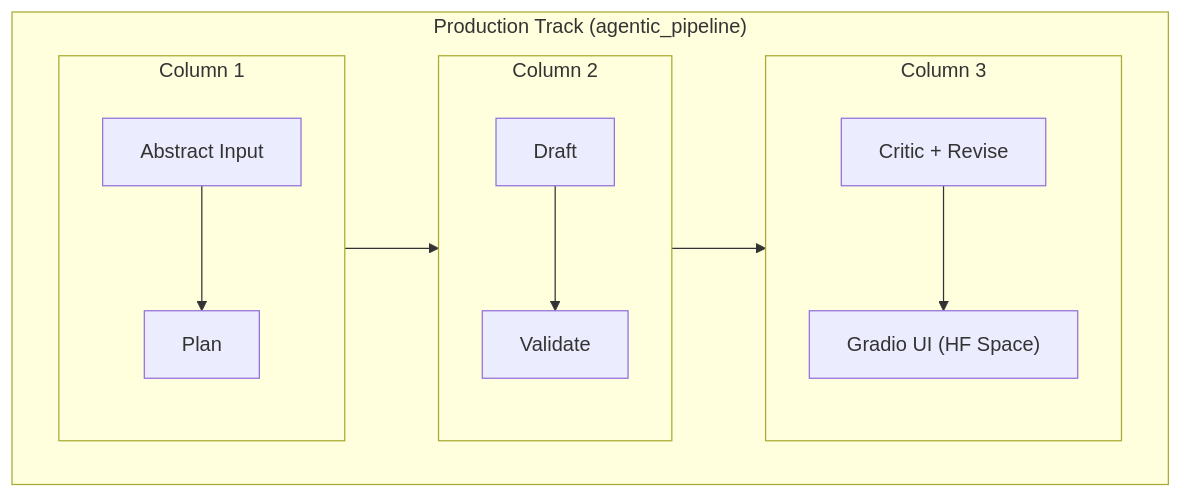
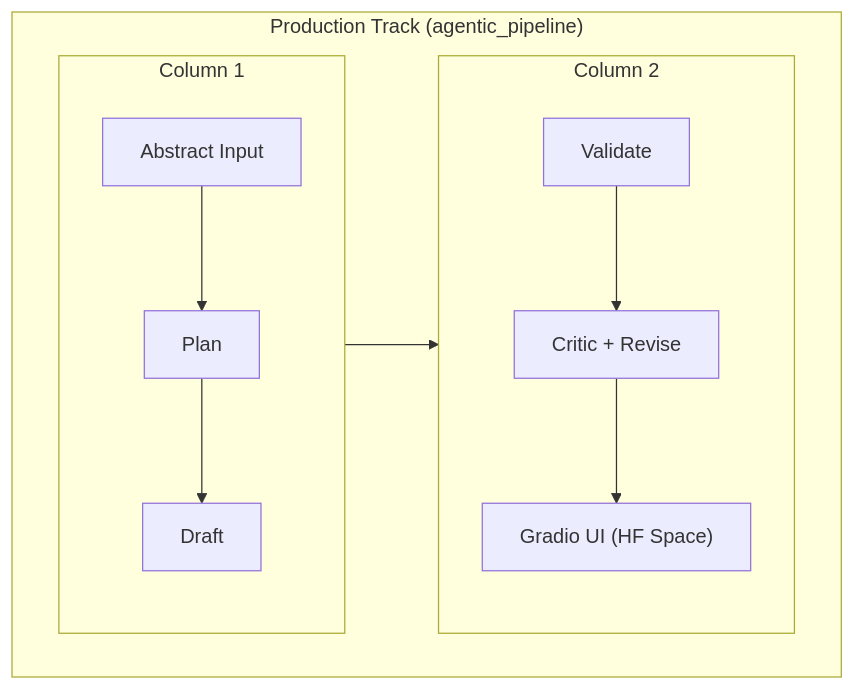
One commit to daspushpita/MiniAstroGPT changed the second of 2 diagrams in README.md. Above: the diagram before and after it, drawn with Mermaid. The commit also changed other lines of this file, not shown here.

````diff
--- a/README.md
+++ b/README.md
@@ -105,24 +99,18 @@
 ```mermaid
 flowchart LR
   subgraph P["Production Track (agentic_pipeline)"]
     direction LR
 
     subgraph P1["Column 1"]
       direction TB
-      X["Abstract Input"] --> Y["Plan"]
+      X["Abstract Input"] --> Y["Plan"] --> Z["Draft"]
     end
 
     subgraph P2["Column 2"]
       direction TB
-      Z["Draft"] --> U["Validate"]
+      U["Validate"] --> V["Critic + Revise"] --> W["Gradio UI (HF Space)"]
     end
 
-    subgraph P3["Column 3"]
-      direction TB
-      V["Critic + Revise"] --> W["Gradio UI (HF Space)"]
-    end
-
-    Y --> Z
-    U --> V
+    Z --> U
   end
 ```
````
